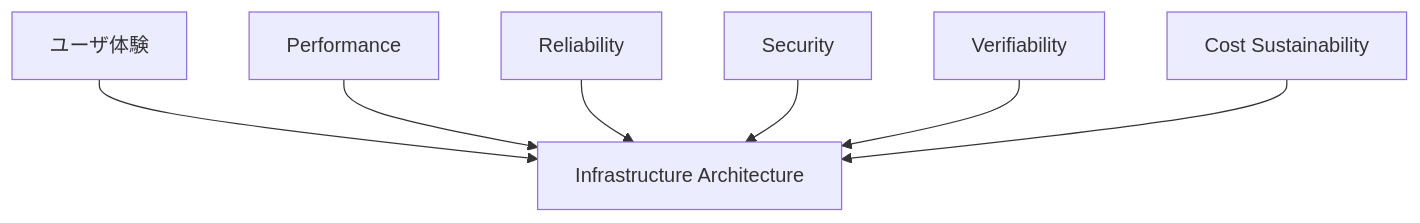
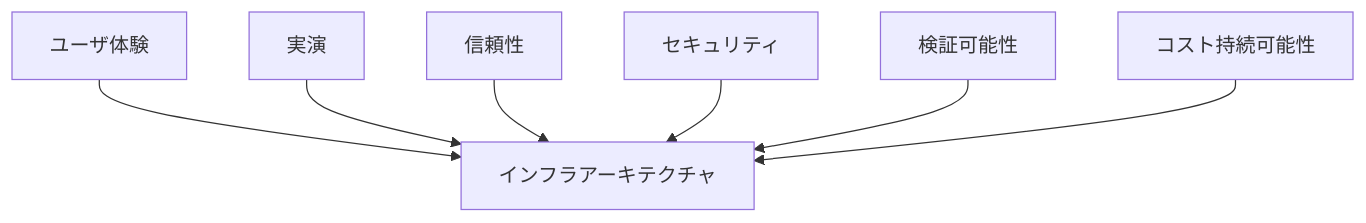
One commit to ShigeichiroYamasaki/creator-first-platform changed the first of 47 diagrams in docs/whitepaper/12-infrastructure-cost.md. Above: the diagram before and after it, drawn with Mermaid. The commit also changed other lines of this file and 72 other files, not shown here.

````diff
--- a/docs/whitepaper/12-infrastructure-cost.md
+++ b/docs/whitepaper/12-infrastructure-cost.md
@@ -25,16 +25,16 @@
 ```mermaid
 flowchart TD
     UX[ユーザ体験]
-    PERF[Performance]
-    REL[Reliability]
-    SEC[Security]
-    VERIFY[Verifiability]
-    COST[Cost Sustainability]
+    PERF[実演]
+    REL[信頼性]
+    SEC[セキュリティ]
+    VERIFY[検証可能性]
+    COST[コスト持続可能性]
 
-    UX --> ARCH[Infrastructure Architecture]
+    UX --> ARCH[インフラアーキテクチャ]
     PERF --> ARCH
     REL --> ARCH
     SEC --> ARCH
     VERIFY --> ARCH
     COST --> ARCH
 ```
````
